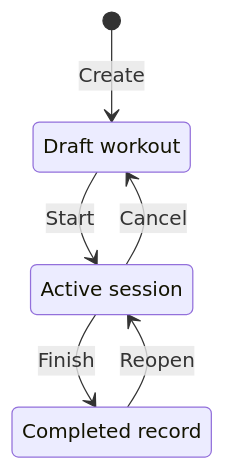
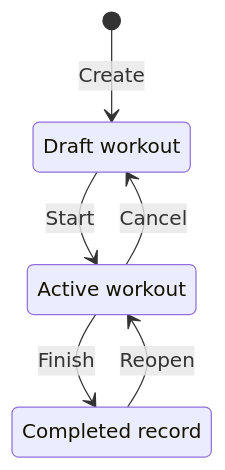
The first of 2 diagrams in README.md (jakobzagar/Fit-Track), drawn with Mermaid before and after one commit. The commit also changed other lines of this file and 252 other files, not shown here.

````diff
--- a/README.md
+++ b/README.md
@@ -34,12 +53,12 @@
 ```mermaid
 stateDiagram-v2
     state "Draft workout" as Draft
-    state "Active session" as Active
+    state "Active workout" as Active
     state "Completed record" as Completed
 
     [*] --> Draft: Create
     Draft --> Active: Start
     Active --> Draft: Cancel
     Active --> Completed: Finish
     Completed --> Active: Reopen
 ```
````
